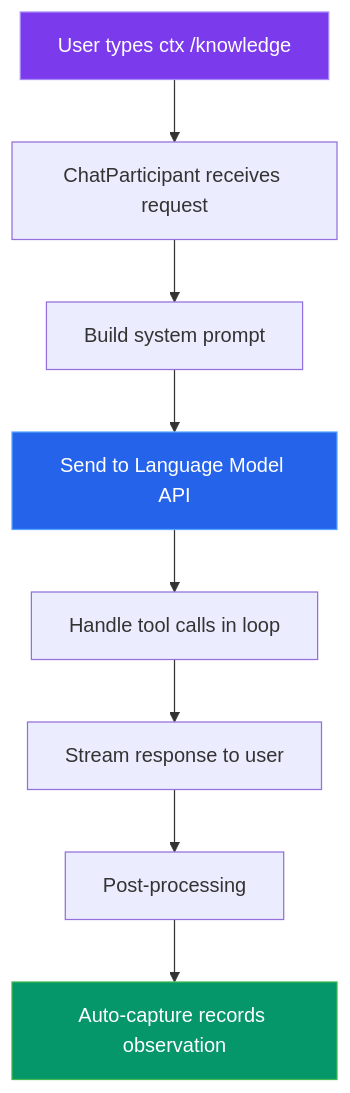
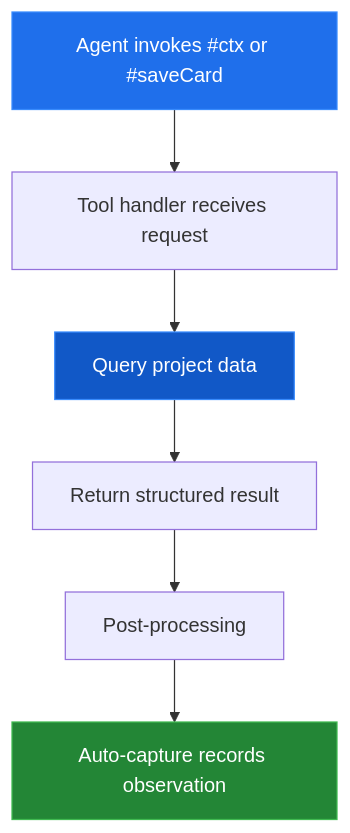
The first of 4 diagrams in docs/architecture/data-flow.md (GittyHarsha/ContextManager), drawn with Mermaid before and after one commit. The commit also changed other lines of this file and 86 other files, not shown here.

```diff
--- a/docs/architecture/data-flow.md
+++ b/docs/architecture/data-flow.md
@@ -31,14 +31,12 @@
 <pre class="mermaid">
 graph TD
-    A[User types ctx /knowledge] --> B[ChatParticipant receives request]
-    B --> C[Build system prompt]
-    C --> D[Send to Language Model API]
-    D --> E[Handle tool calls in loop]
-    E --> F[Stream response to user]
-    F --> G[Post-processing]
-    G --> H[Auto-capture records observation]
+    A[Agent invokes #ctx or #saveCard] --> B[Tool handler receives request]
+    B --> C[Query project data]
+    C --> D[Return structured result]
+    D --> E[Post-processing]
+    E --> F[Auto-capture records observation]
 
-    style A fill:#7c3aed,stroke:#a78bfa,color:#fff
-    style D fill:#2563eb,stroke:#58a6ff,color:#fff
-    style H fill:#059669,stroke:#3fb950,color:#fff
+    style A fill:#1f6feb,stroke:#388bfd,color:#fff
+    style C fill:#1158c7,stroke:#388bfd,color:#fff
+    style F fill:#238636,stroke:#3fb950,color:#fff
 </pre>
```
